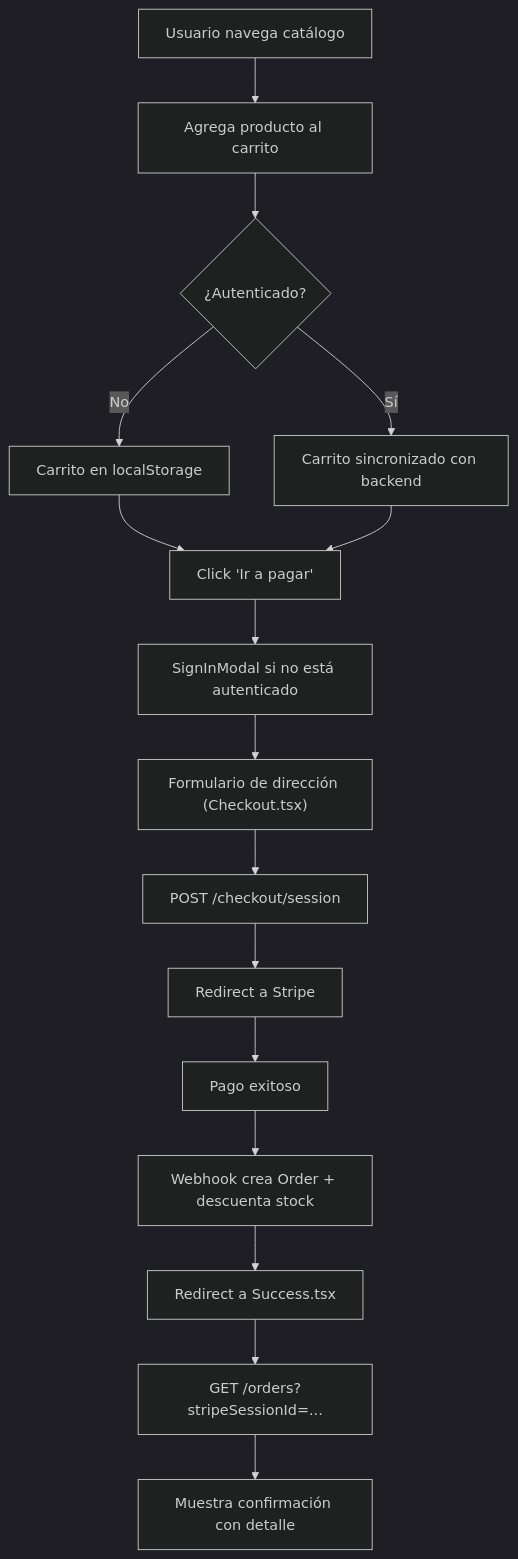
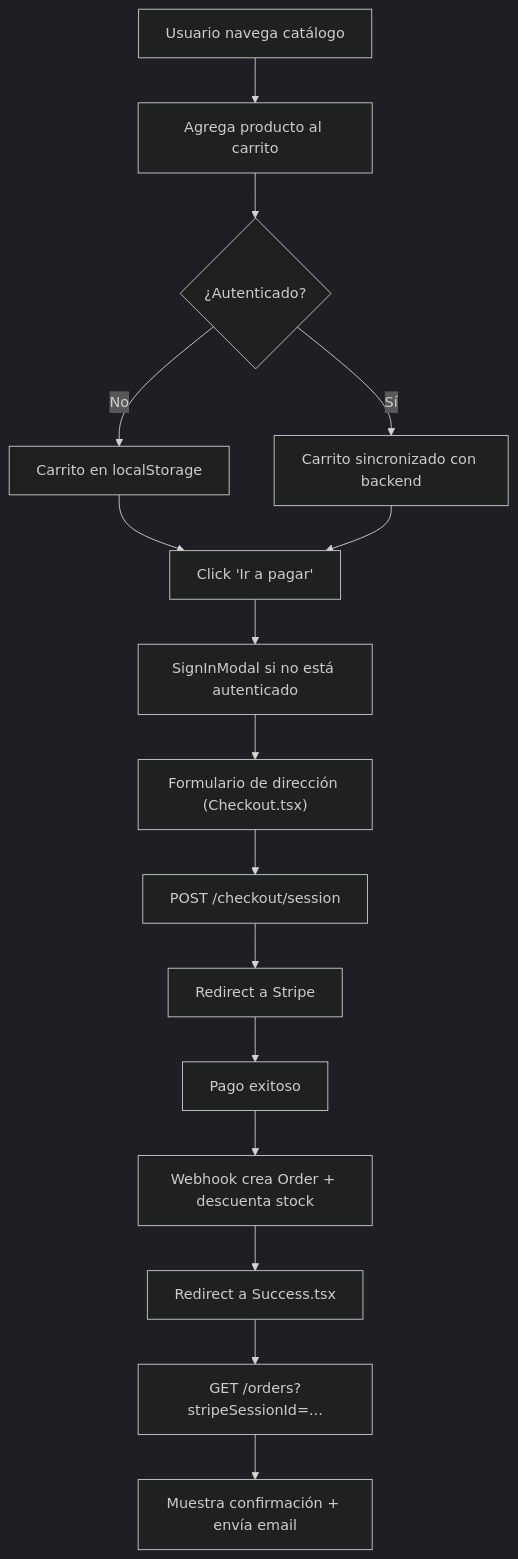
Before and after one commit to EiJassiel/healthora: the ninth of 11 diagrams in docs/arquitectura.md, drawn with Mermaid (dark theme). The commit also changed other lines of this file and 4 other files, not shown here.

````diff
--- a/docs/arquitectura.md
+++ b/docs/arquitectura.md
@@ -420,18 +444,18 @@
 ```mermaid
 flowchart TD
     A["Usuario navega catálogo"] --> B["Agrega producto al carrito"]
     B --> C{¿Autenticado?}
     C -- No --> D["Carrito en localStorage"]
     C -- Sí --> E["Carrito sincronizado con backend"]
     D --> F["Click 'Ir a pagar'"]
     E --> F
     F --> G["SignInModal si no está autenticado"]
     G --> H["Formulario de dirección (Checkout.tsx)"]
     H --> I["POST /checkout/session"]
     I --> J["Redirect a Stripe"]
     J --> K["Pago exitoso"]
     K --> L["Webhook crea Order + descuenta stock"]
     L --> M["Redirect a Success.tsx"]
     M --> N["GET /orders?stripeSessionId=..."]
-    N --> O["Muestra confirmación con detalle"]
+    N --> O["Muestra confirmación + envía email"]
 ```
````
